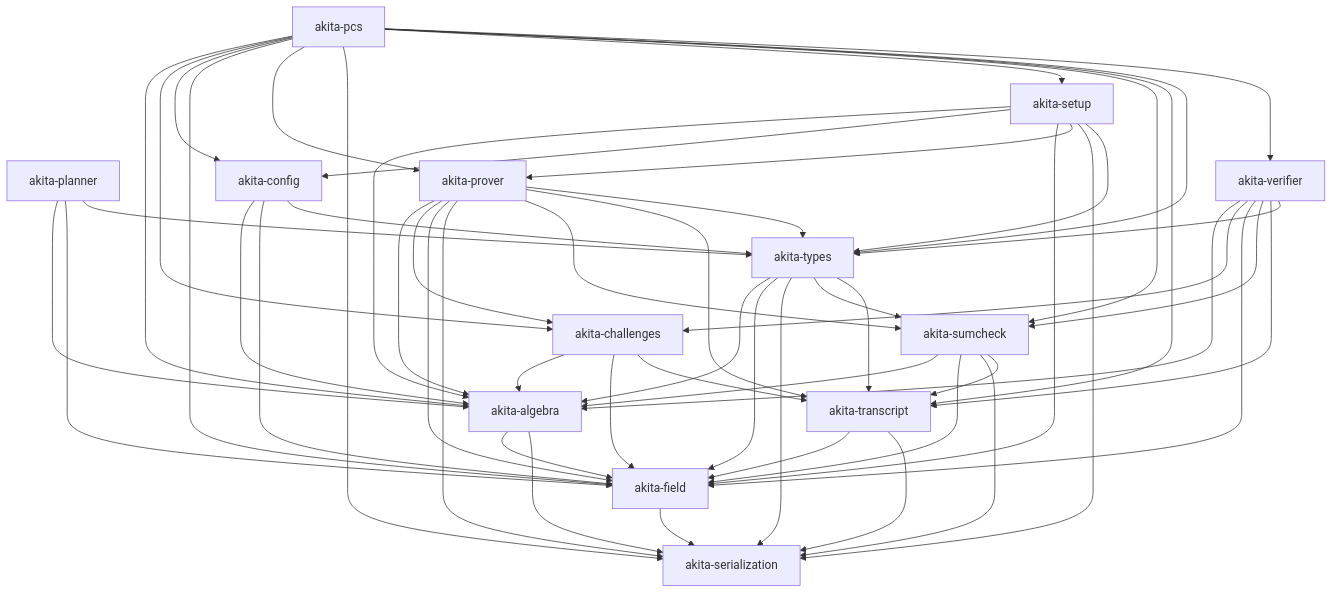
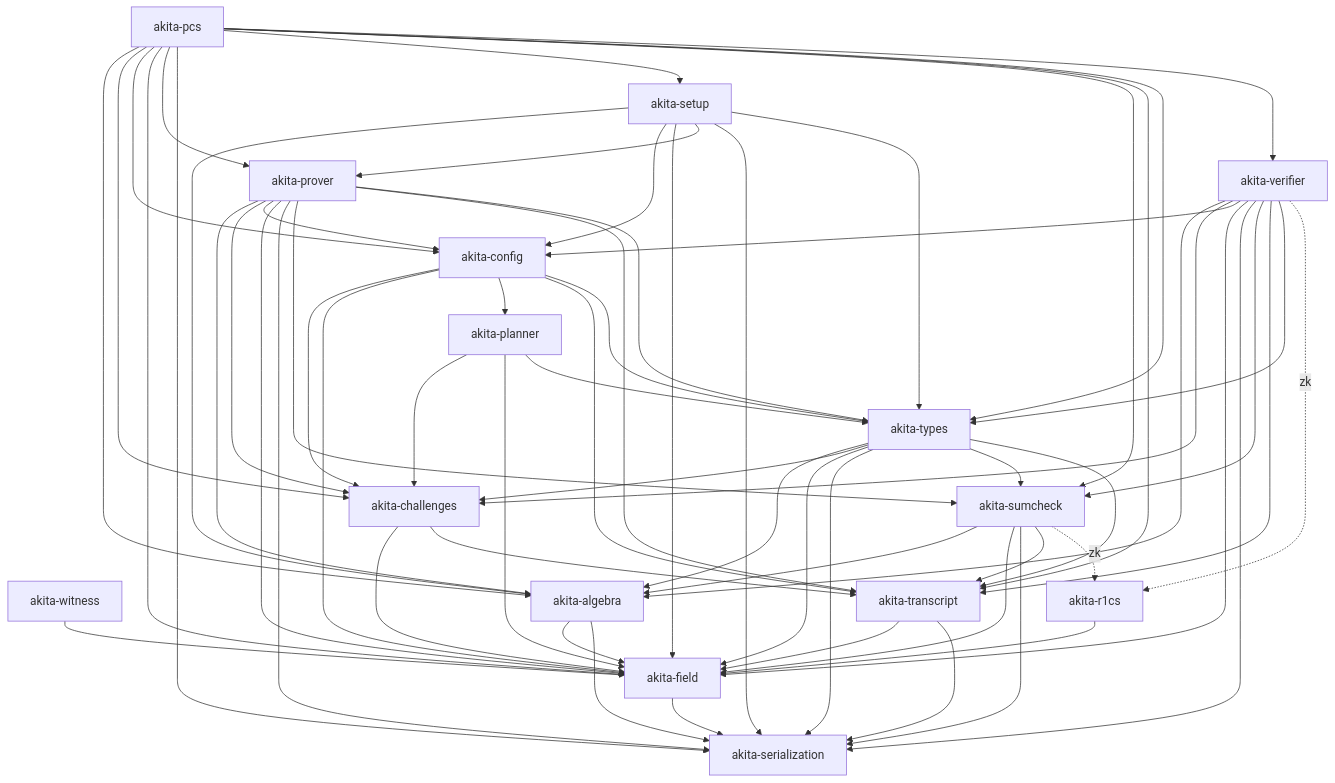
The diagram in docs/crate-graph.md (LayerZero-Labs/akita), drawn with Mermaid before and after one commit. The commit also changed other lines of this file and 81 other files, not shown here.

````diff
--- a/docs/crate-graph.md
+++ b/docs/crate-graph.md
@@ -9,70 +14,81 @@
 ```mermaid
 graph TD
   Ser["akita-serialization"]
   Field["akita-field"]
+  Witness["akita-witness"]
   Algebra["akita-algebra"]
   Transcript["akita-transcript"]
   Challenges["akita-challenges"]
   Sumcheck["akita-sumcheck"]
+  R1cs["akita-r1cs"]
   Types["akita-types"]
   Planner["akita-planner"]
   Config["akita-config"]
   Verifier["akita-verifier"]
   Prover["akita-prover"]
   Setup["akita-setup"]
   Pcs["akita-pcs"]
 
   Field --> Ser
+  Witness --> Field
   Algebra --> Field
   Algebra --> Ser
   Transcript --> Field
   Transcript --> Ser
-  Challenges --> Algebra
   Challenges --> Field
   Challenges --> Transcript
+  R1cs --> Field
   Sumcheck --> Algebra
   Sumcheck --> Field
   Sumcheck --> Ser
   Sumcheck --> Transcript
+  Sumcheck -. "zk" .-> R1cs
   Types --> Algebra
+  Types --> Challenges
   Types --> Field
   Types --> Ser
   Types --> Sumcheck
   Types --> Transcript
-  Planner --> Algebra
+  Planner --> Challenges
   Planner --> Field
   Planner --> Types
-  Config --> Algebra
+  Config --> Challenges
   Config --> Field
+  Config --> Planner
+  Config --> Transcript
   Config --> Types
   Verifier --> Algebra
   Verifier --> Challenges
+  Verifier --> Config
   Verifier --> Field
+  Verifier --> Ser
   Verifier --> Sumcheck
   Verifier --> Transcript
   Verifier --> Types
+  Verifier -. "zk" .-> R1cs
   Prover --> Algebra
   Prover --> Challenges
+  Prover --> Config
   Prover --> Field
   Prover --> Ser
   Prover --> Sumcheck
   Prover --> Transcript
   Prover --> Types
   Setup --> Algebra
   Setup --> Config
   Setup --> Field
   Setup --> Prover
   Setup --> Ser
   Setup --> Types
   Pcs --> Algebra
   Pcs --> Challenges
   Pcs --> Config
   Pcs --> Field
   Pcs --> Prover
   Pcs --> Ser
   Pcs --> Setup
   Pcs --> Sumcheck
   Pcs --> Transcript
   Pcs --> Types
   Pcs --> Verifier
 ```
````
